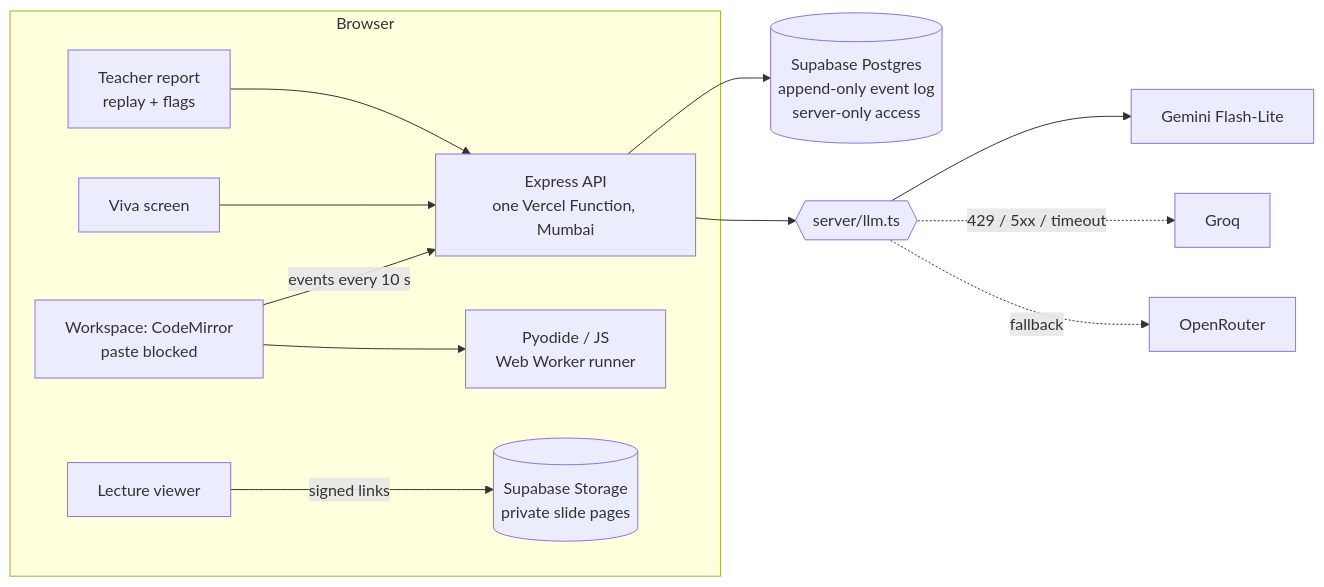
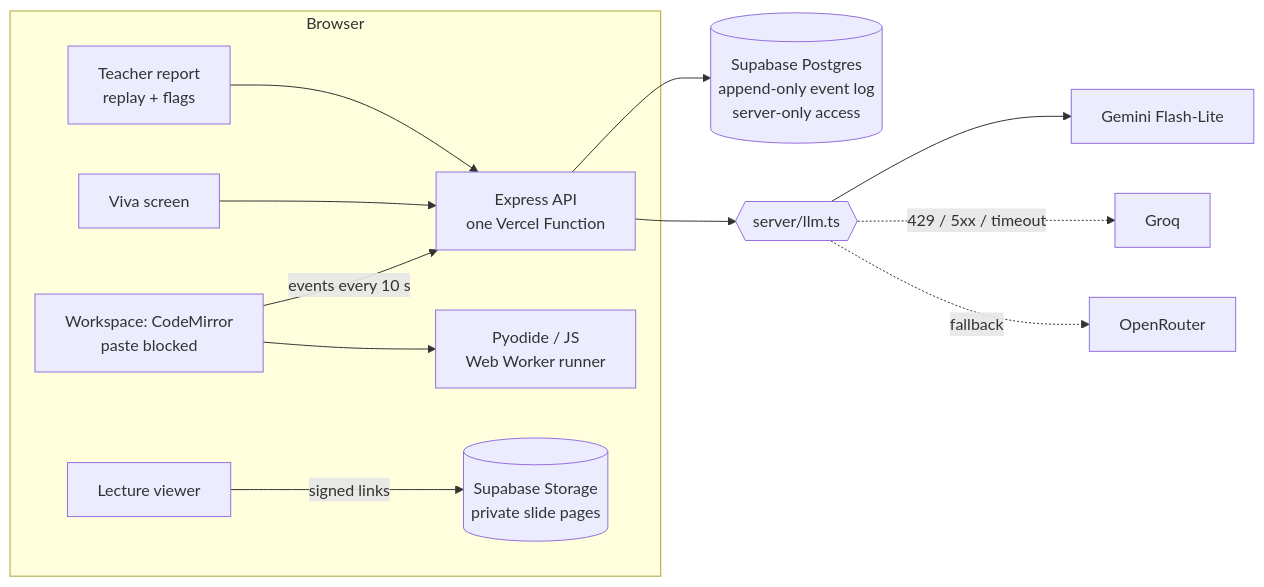
Before and after one commit to basit025/socratic-ai: the diagram in README.md, drawn with Mermaid. The commit also changed other lines of this file, not shown here.

````diff
--- a/README.md
+++ b/README.md
@@ -86,15 +86,15 @@
 ```mermaid
 flowchart LR
   subgraph Browser
     W[Workspace: CodeMirror<br/>paste blocked] -->|events every 10 s| API
     W --> R[Pyodide / JS<br/>Web Worker runner]
     L[Lecture viewer] -->|signed links| S[(Supabase Storage<br/>private slide pages)]
     V[Viva screen] --> API
     T[Teacher report<br/>replay + flags] --> API
   end
-  API[Express API<br/>one Vercel Function, Mumbai] --> DB[(Supabase Postgres<br/>append-only event log<br/>server-only access)]
+  API[Express API<br/>one Vercel Function] --> DB[(Supabase Postgres<br/>append-only event log<br/>server-only access)]
   API --> LLM{{server/llm.ts}}
   LLM --> G[Gemini Flash-Lite]
   LLM -.429 / 5xx / timeout.-> Q[Groq]
   LLM -.fallback.-> O[OpenRouter]
 ```
````
